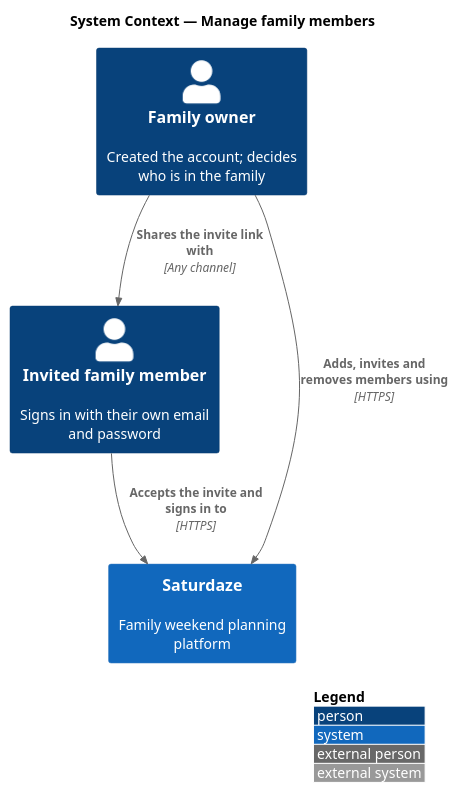
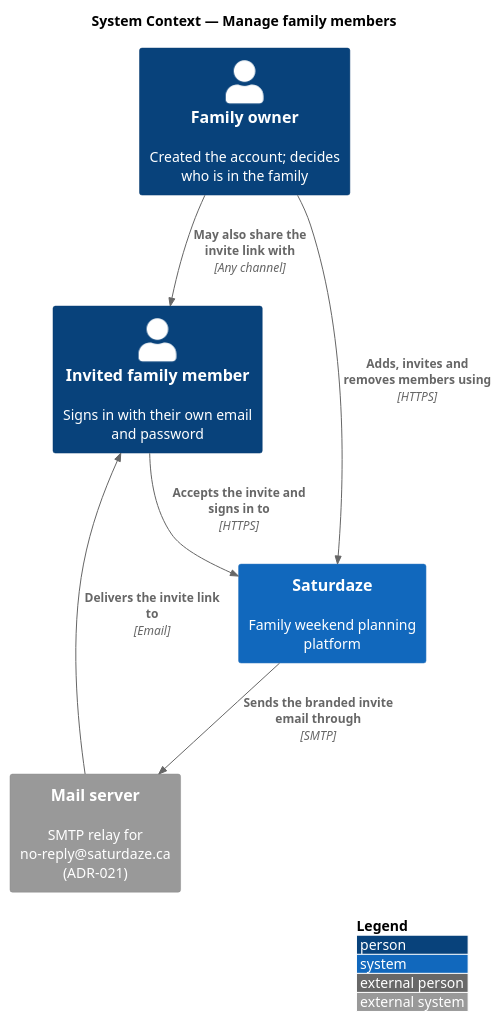
The diagram in docs/detailed-designs/identity-and-access/manage-family-members/diagrams/c4-context.puml (QuinntyneBrown/saturdaze), drawn with PlantUML before and after one commit. The commit also changed 14 other files, not shown here.

First line of the commit message:
Design the family invite email in manage-family-members and send-branded-email (L2-183)

```diff
--- a/docs/detailed-designs/identity-and-access/manage-family-members/diagrams/c4-context.puml
+++ b/docs/detailed-designs/identity-and-access/manage-family-members/diagrams/c4-context.puml
@@ -1,13 +1,16 @@
 @startuml
 !include <C4/C4_Context>
 LAYOUT_WITH_LEGEND()
 title System Context — Manage family members
 
 Person(owner, "Family owner", "Created the account; decides who is in the family")
 Person(member, "Invited family member", "Signs in with their own email and password")
 System(saturdaze, "Saturdaze", "Family weekend planning platform")
+System_Ext(mail, "Mail server", "SMTP relay for no-reply@saturdaze.ca (ADR-021)")
 
 Rel(owner, saturdaze, "Adds, invites and removes members using", "HTTPS")
-Rel(owner, member, "Shares the invite link with", "Any channel")
+Rel(saturdaze, mail, "Sends the branded invite email through", "SMTP")
+Rel(mail, member, "Delivers the invite link to", "Email")
+Rel(owner, member, "May also share the invite link with", "Any channel")
 Rel(member, saturdaze, "Accepts the invite and signs in to", "HTTPS")
 @enduml
```
